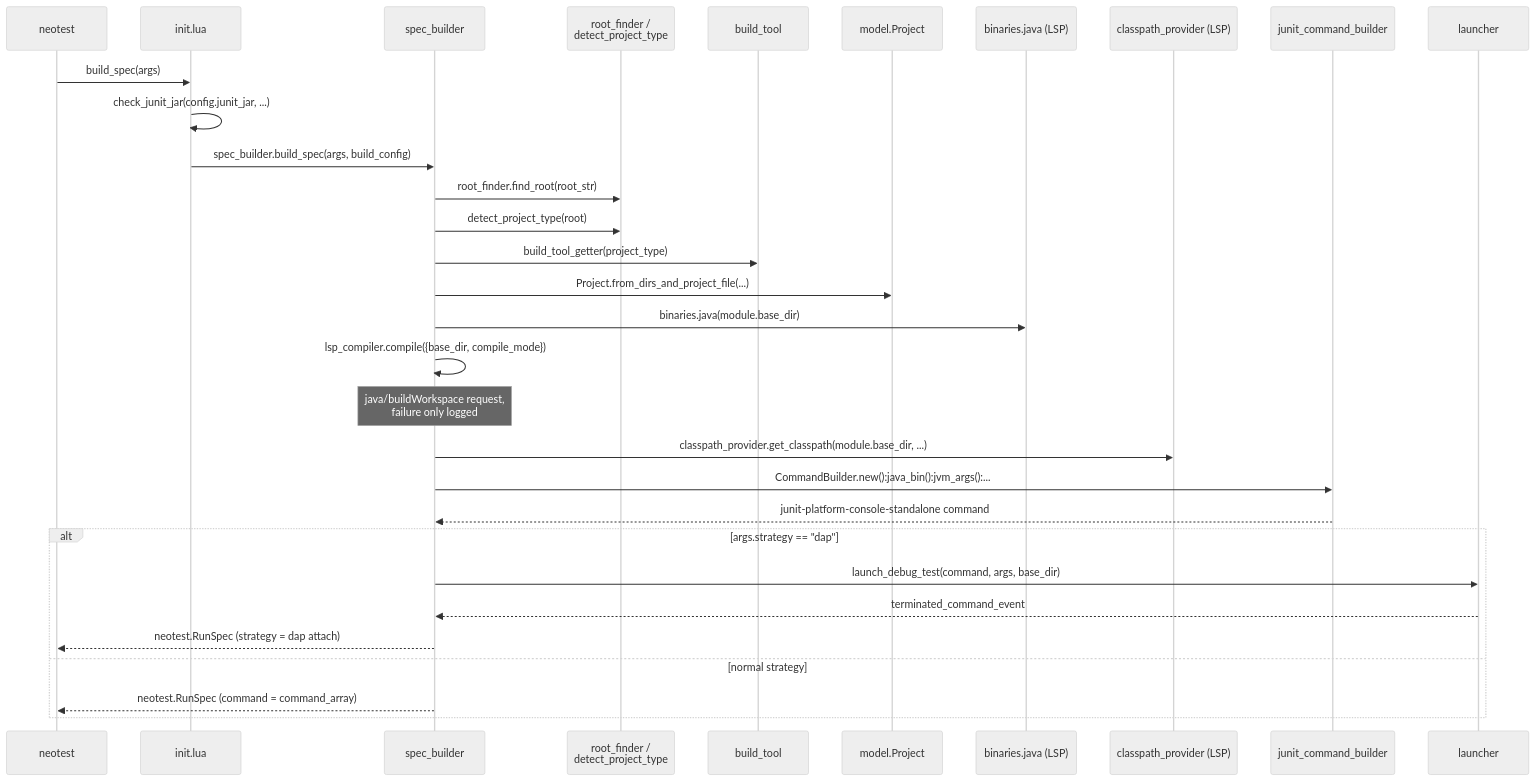
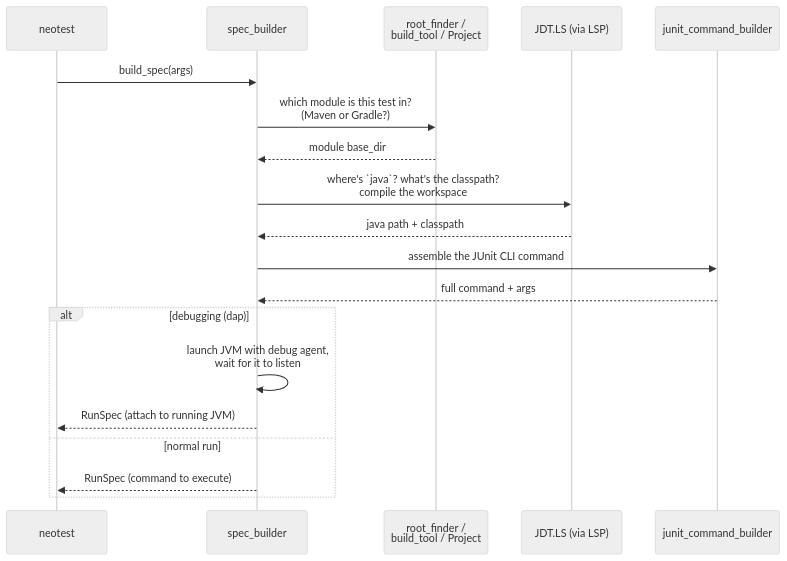
Before and after one commit to rcasia/neotest-java: the second of 5 diagrams in ARCHITECTURE.md, drawn with Mermaid (neutral theme). The commit also changed other lines of this file, not shown here.

First line of the commit message:
docs: restructure ARCHITECTURE.md around flows, drop layering diagram

````diff
--- a/ARCHITECTURE.md
+++ b/ARCHITECTURE.md
@@ -198,34 +65,22 @@
 ```mermaid
 sequenceDiagram
     participant neotest
-    participant init as init.lua
     participant sb as spec_builder
-    participant rf as root_finder /<br/>detect_project_type
-    participant bt as build_tool
-    participant proj as model.Project
-    participant bin as binaries.java (LSP)
-    participant cp as classpath_provider (LSP)
+    participant proj as root_finder /<br/>build_tool / Project
+    participant lsp as JDT.LS (via LSP)
     participant cb as junit_command_builder
-    participant launcher
 
-    neotest->>init: build_spec(args)
-    init->>init: check_junit_jar(config.junit_jar, ...)
-    init->>sb: spec_builder.build_spec(args, build_config)
-    sb->>rf: root_finder.find_root(root_str)
-    sb->>rf: detect_project_type(root)
-    sb->>bt: build_tool_getter(project_type)
-    sb->>proj: Project.from_dirs_and_project_file(...)
-    sb->>bin: binaries.java(module.base_dir)
-    sb->>sb: lsp_compiler.compile({base_dir, compile_mode})
-    Note over sb: java/buildWorkspace request,<br/>failure only logged
-    sb->>cp: classpath_provider.get_classpath(module.base_dir, ...)
-    sb->>cb: CommandBuilder.new():java_bin():jvm_args():...
-    cb-->>sb: junit-platform-console-standalone command
-    alt args.strategy == "dap"
-        sb->>launcher: launch_debug_test(command, args, base_dir)
-        launcher-->>sb: terminated_command_event
-        sb-->>neotest: neotest.RunSpec (strategy = dap attach)
-    else normal strategy
-        sb-->>neotest: neotest.RunSpec (command = command_array)
+    neotest->>sb: build_spec(args)
+    sb->>proj: which module is this test in?<br/>(Maven or Gradle?)
+    proj-->>sb: module base_dir
+    sb->>lsp: where's `java`? what's the classpath?<br/>compile the workspace
+    lsp-->>sb: java path + classpath
+    sb->>cb: assemble the JUnit CLI command
+    cb-->>sb: full command + args
+    alt debugging (dap)
+        sb->>sb: launch JVM with debug agent,<br/>wait for it to listen
+        sb-->>neotest: RunSpec (attach to running JVM)
+    else normal run
+        sb-->>neotest: RunSpec (command to execute)
     end
 ```
````
